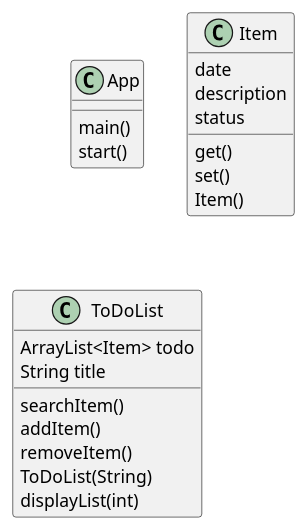
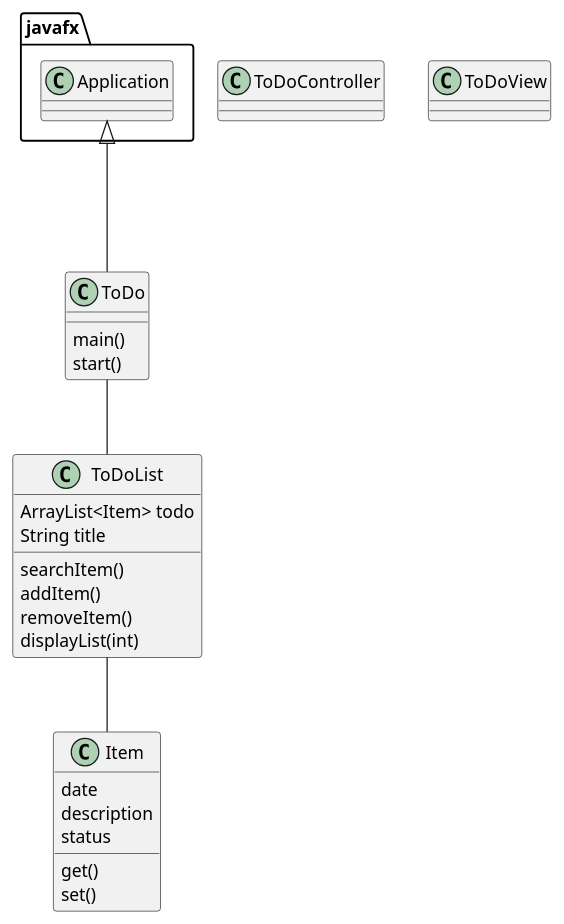
Before and after one commit to arkaik2k01/nobrega-cop3330-assignment4: the diagram in uml/classDiagram.puml, drawn with PlantUML. The commit also changed 5 other files, not shown here.

```diff
--- a/uml/classDiagram.puml
+++ b/uml/classDiagram.puml
@@ -1,30 +1,38 @@
 @startuml
 'https://plantuml.com/class-diagram
-
-class App {
-    main()
-    start()
-}
 
 class Item {
     date
     description
     status
 
     get()
     set()
-    Item()
 }
 
 class ToDoList {
     ArrayList<Item> todo
     String title
 
     searchItem()
     addItem()
     removeItem()
-    ToDoList(String)
     displayList(int)
 }
 
+class ToDo {
+    main()
+    start()
+}
+
+class ToDoController {
+}
+
+class ToDoView {
+}
+
+ToDo--ToDoList
+ToDoList--Item
+javafx.Application<|---ToDo
+
 @enduml
```
